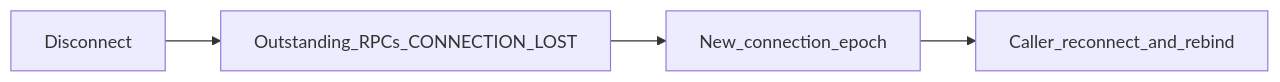
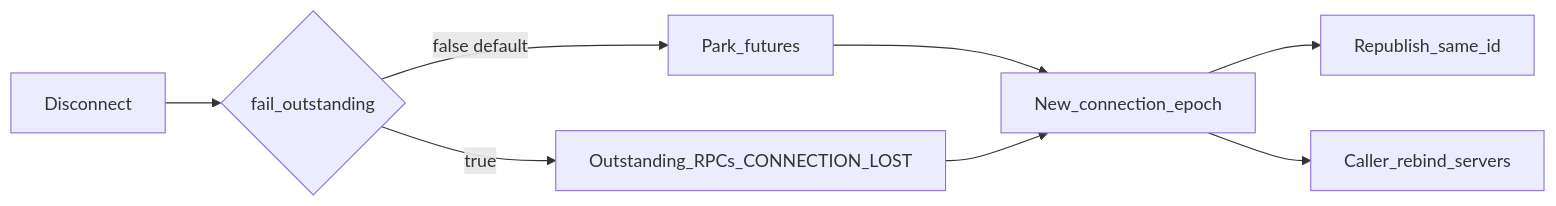
The fifth of 5 diagrams in docs/concepts/architecture-overview.md (RileyBetts/nuropb-rmq), drawn with Mermaid before and after one commit. The commit also changed other lines of this file and 67 other files, not shown here.

First line of the commit message:
Prepare 1.0.0: park-and-retry default, Lean JWT/ACL, and release docs.

````diff
--- a/docs/concepts/architecture-overview.md
+++ b/docs/concepts/architecture-overview.md
@@ -97,11 +97,16 @@
 ```mermaid
 flowchart LR
   lost[Disconnect]
+  park{fail_outstanding}
   fail[Outstanding_RPCs_CONNECTION_LOST]
+  hold[Park_futures]
   epoch[New_connection_epoch]
-  rebind[Caller_reconnect_and_rebind]
+  pub[Republish_same_id]
+  rebind[Caller_rebind_servers]
 
-  lost --> fail
+  lost --> park
+  park -->|true| fail
+  park -->|false default| hold --> epoch --> pub
   fail --> epoch
   epoch --> rebind
 ```
````
